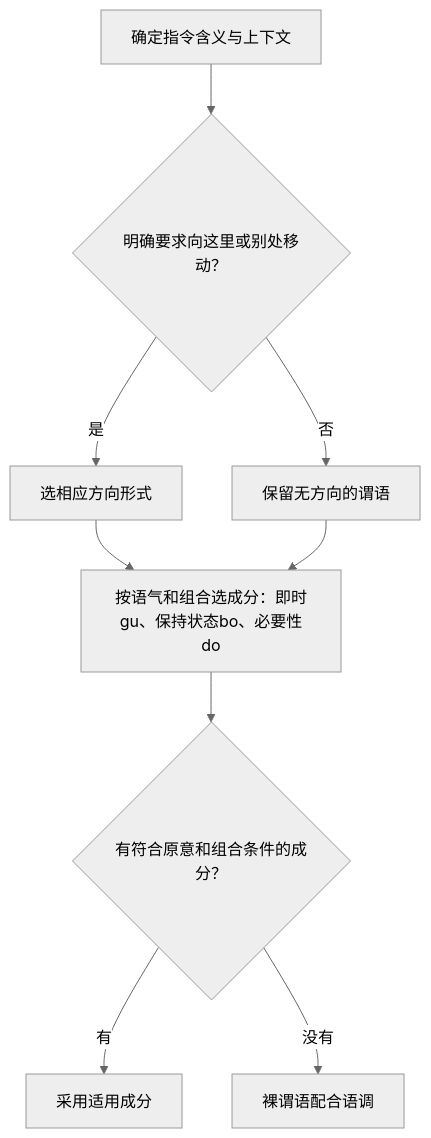
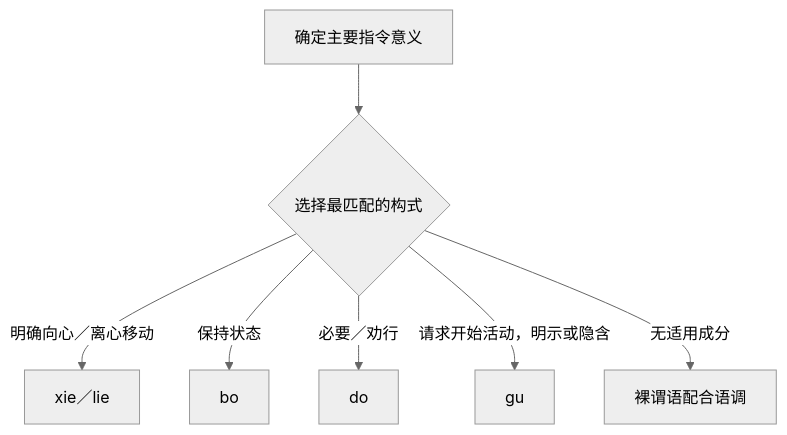
One commit to luggroo/bizic-translator changed the fourth of 4 diagrams in skills/translate-tujia/references/translation-decisions.md. Above: the diagram before and after it, drawn with Mermaid (neutral theme). The commit also changed other lines of this file and 21 other files, not shown here.

````diff
--- a/skills/translate-tujia/references/translation-decisions.md
+++ b/skills/translate-tujia/references/translation-decisions.md
@@ -82,11 +82,9 @@
 ```mermaid
 flowchart TD
-    A["确定指令含义与上下文"] --> B{"明确要求向这里或别处移动？"}
-    B -->|"是"| C["选相应方向形式"]
-    B -->|"否"| D["保留无方向的谓语"]
-    C --> E["按语气和组合选成分：即时gu、保持状态bo、必要性do"]
-    D --> E
-    E --> F{"有符合原意和组合条件的成分？"}
-    F -->|"有"| G["采用适用成分"]
-    F -->|"没有"| H["裸谓语配合语调"]
+    A["确定主要指令意义"] --> B{"选择最匹配的构式"}
+    B -->|"明确向心／离心移动"| C["xie／lie"]
+    B -->|"保持状态"| D["bo"]
+    B -->|"必要／劝行"| E["do"]
+    B -->|"请求开始活动，明示或隐含"| F["gu"]
+    B -->|"无适用成分"| G["裸谓语配合语调"]
 ```
````
